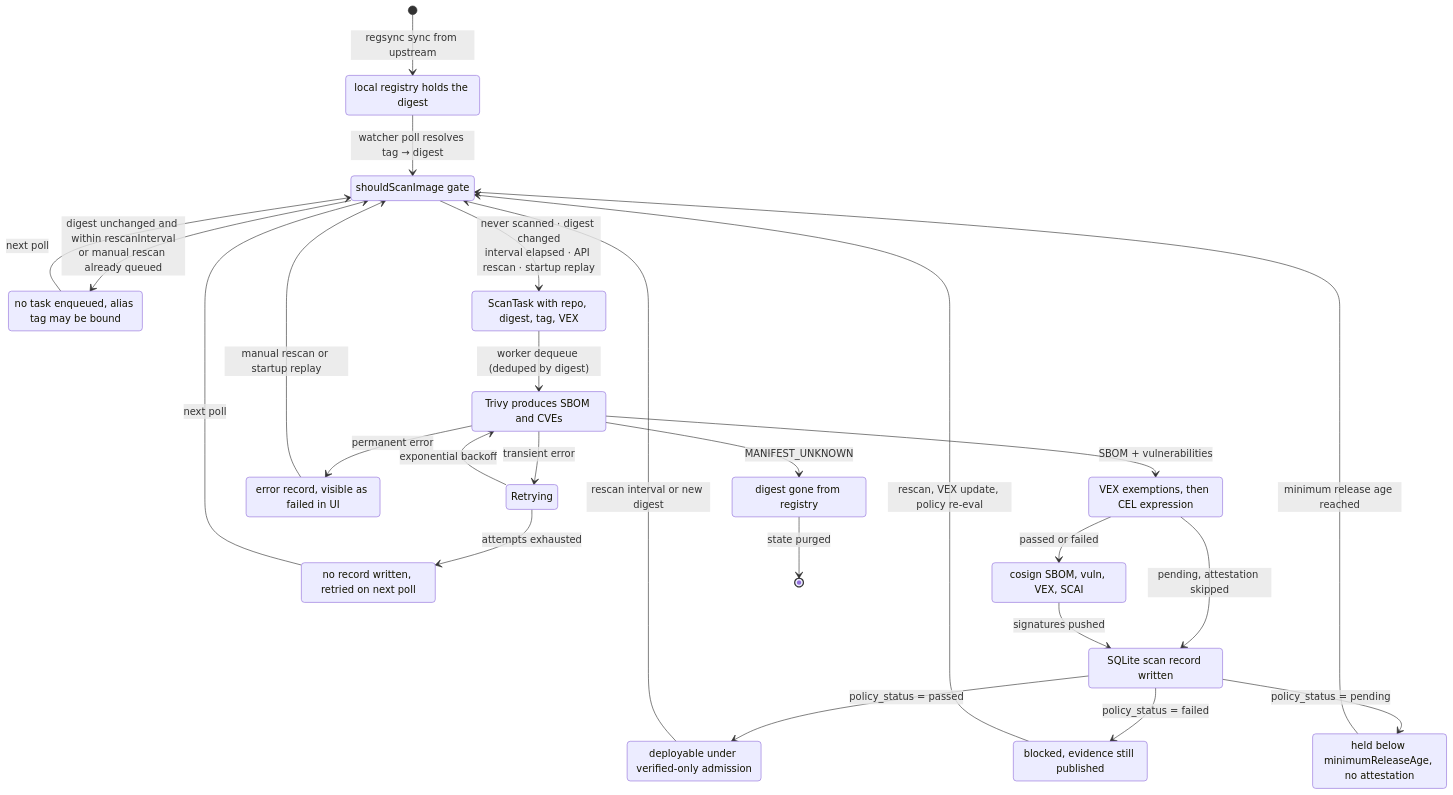
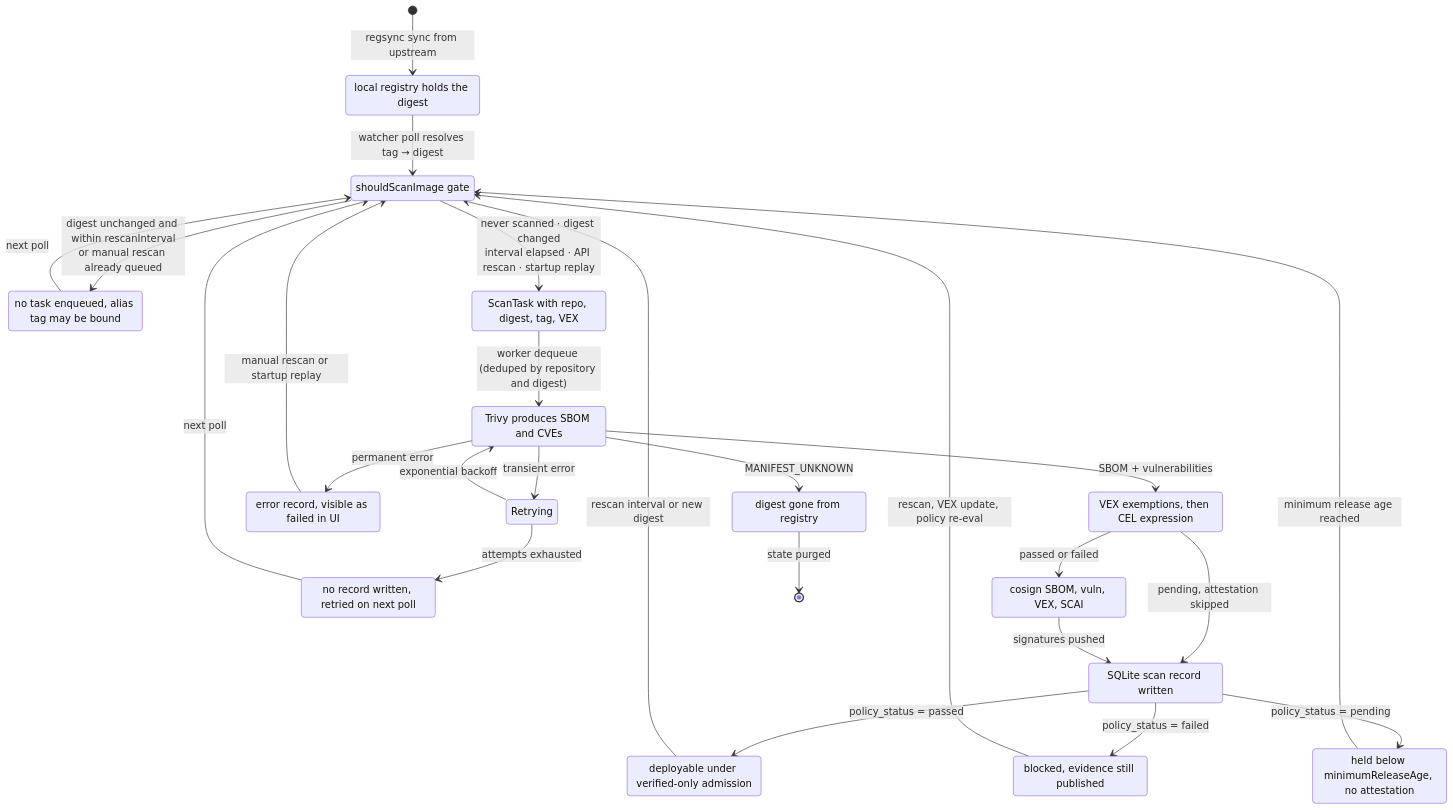
The first of 2 diagrams in docs/STATE_MACHINE.md (daimoniac/suppline), drawn with Mermaid before and after one commit. The commit also changed other lines of this file and 12 other files, not shown here.

First line of the commit message:
fix(watcher): attest the same digest in each repository

````diff
--- a/docs/STATE_MACHINE.md
+++ b/docs/STATE_MACHINE.md
@@ -7,53 +7,53 @@
 ```mermaid
 stateDiagram-v2
     direction TB
 
     [*] --> Mirrored : regsync sync from upstream
 
     Mirrored --> Watched : watcher poll resolves tag → digest
 
     Watched --> Skipped : digest unchanged and within rescanInterval<br/>or manual rescan already queued
     Skipped --> Watched : next poll
 
     Watched --> Queued : never scanned · digest changed<br/>interval elapsed · API rescan · startup replay
 
-    Queued --> Scanning : worker dequeue (deduped by digest)
+    Queued --> Scanning : worker dequeue (deduped by repository and digest)
 
     Scanning --> Retrying : transient error
     Retrying --> Scanning : exponential backoff
     Retrying --> Abandoned : attempts exhausted
     Scanning --> ScanFailed : permanent error
     Scanning --> Vanished : MANIFEST_UNKNOWN
 
     Scanning --> Evaluating : SBOM + vulnerabilities
 
     Evaluating --> Attesting : passed or failed
     Evaluating --> Persisted : pending, attestation skipped
     Attesting --> Persisted : signatures pushed
 
     Persisted --> Passed : policy_status = passed
     Persisted --> Failed : policy_status = failed
     Persisted --> Pending : policy_status = pending
 
     Passed --> Watched : rescan interval or new digest
     Failed --> Watched : rescan, VEX update, policy re-eval
     Pending --> Watched : minimum release age reached
     ScanFailed --> Watched : manual rescan or startup replay
     Abandoned --> Watched : next poll
     Vanished --> [*] : state purged
 
     Mirrored : local registry holds the digest
     Watched : shouldScanImage gate
     Skipped : no task enqueued, alias tag may be bound
     Queued : ScanTask with repo, digest, tag, VEX
     Scanning : Trivy produces SBOM and CVEs
     Evaluating : VEX exemptions, then CEL expression
     Attesting : cosign SBOM, vuln, VEX, SCAI
     Persisted : SQLite scan record written
     Passed : deployable under verified-only admission
     Failed : blocked, evidence still published
     Pending : held below minimumReleaseAge, no attestation
     ScanFailed : error record, visible as failed in UI
     Abandoned : no record written, retried on next poll
     Vanished : digest gone from registry
 ```
````
